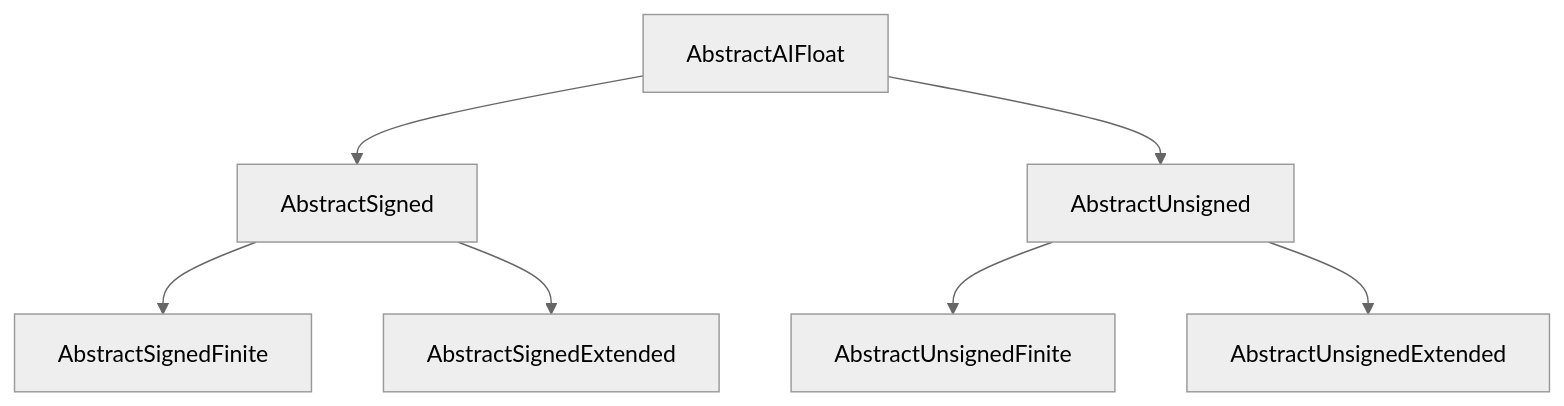
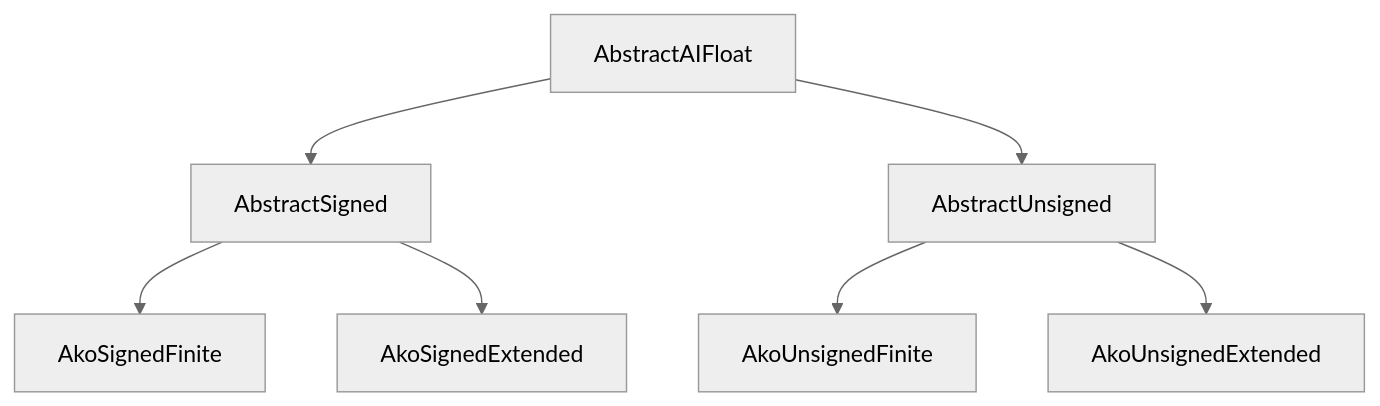
The first of 2 diagrams in docs/src/abstractions.md (JeffreySarnoff/AIFloats.jl), drawn with Mermaid (neutral theme) before and after one commit. The commit also changed 16 other files, not shown here.

````diff
--- a/docs/src/abstractions.md
+++ b/docs/src/abstractions.md
@@ -5,10 +5,10 @@
 ```mermaid
 graph TD
     A[AbstractAIFloat]
     A--> S[AbstractSigned]
     A--> U[AbstractUnsigned]
-    S--> SF[AbstractSignedFinite]
-    S--> SE[AbstractSignedExtended]
-    U--> UF[AbstractUnsignedFinite]
-    U--> UE[AbstractUnsignedExtended]
+    S--> SF[AkoSignedFinite]
+    S--> SE[AkoSignedExtended]
+    U--> UF[AkoUnsignedFinite]
+    U--> UE[AkoUnsignedExtended]
 ```
````
